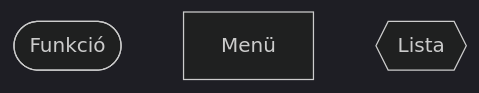
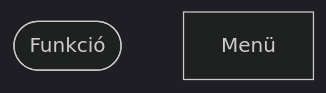
One commit to Exanim/Uni-Weather-app-project changed the second of 2 diagrams in rendszerterv.md. Above: the diagram before and after it, drawn with Mermaid (dark theme). The commit also changed other lines of this file, not shown here.

````diff
--- a/rendszerterv.md
+++ b/rendszerterv.md
@@ -56,6 +54,5 @@
 ```mermaid
 flowchart TD
     func([Funkció])
     menu[Menü]
-    list{{Lista}}
 ```
````
